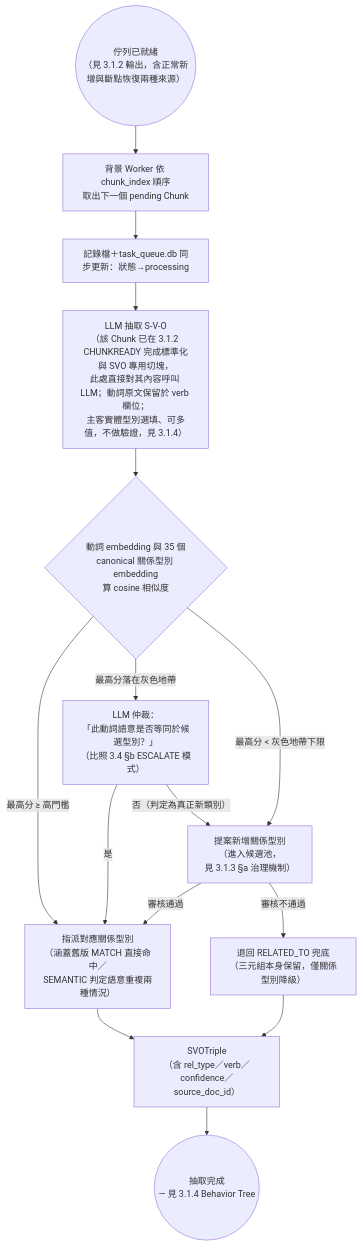
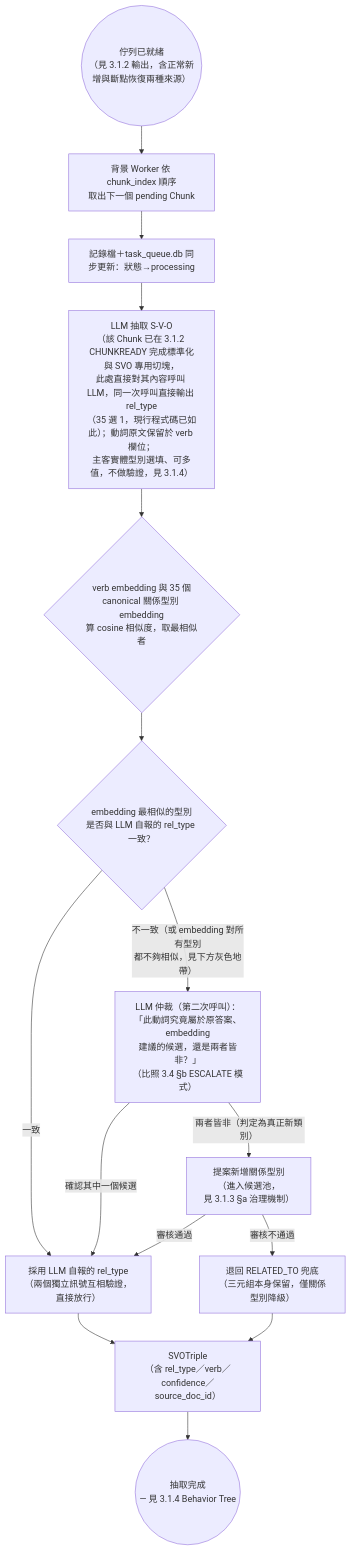
Before and after one commit to Chester930/world-knowledge-graph-rag: the fifth of 15 diagrams in docs/論文/03_系統設計與方法論.md, drawn with Mermaid. The commit also changed other lines of this file and 1 other file, not shown here.

Commit message:
docs(thesis): 定案 SIM/ESCALATE3 架構為選項2，誠實記錄LLM型別準確度為開放限制
3.1.3 主圖改版：SIM 不再是取代 LLM 自報 rel_type 的獨立分類器，改為事後
驗證（COMPARE 節點比對 LLM 自報與 embedding 判斷是否一致，不一致才升級
仲裁）。誠實記錄：LLM 對35個型別的仲裁準確度是否均勻目前無法確認，也
沒有機制能真正把關，此為現階段開放限制。新增 SIM 畢業機制設計方向，
沿用已查證的 Bloodgood Kappa 一致率停止準則，具體演算法留待第四章。

````diff
--- a/docs/論文/03_系統設計與方法論.md
+++ b/docs/論文/03_系統設計與方法論.md
@@ -231,17 +231,17 @@
 ```mermaid
 flowchart TD
     READY2(("佇列已就緒<br/>（見 3.1.2 輸出，含正常新增與斷點恢復兩種來源）")) --> WORKER["背景 Worker 依 chunk_index 順序<br/>取出下一個 pending Chunk"]
     WORKER --> PROC["記錄檔＋task_queue.db 同步更新：狀態→processing"]
-    PROC --> LLM_SVO["LLM 抽取 S-V-O<br/>（該 Chunk 已在 3.1.2 CHUNKREADY 完成標準化與 SVO 專用切塊，<br/>此處直接對其內容呼叫 LLM；動詞原文保留於 verb 欄位；<br/>主客實體型別選填、可多值，不做驗證，見 3.1.4）"]
-    LLM_SVO --> SIM{"動詞 embedding 與 35 個<br/>canonical 關係型別 embedding<br/>算 cosine 相似度"}
-    SIM -->|"最高分 ≥ 高門檻"| ASSIGN["指派對應關係型別<br/>（涵蓋舊版 MATCH 直接命中／<br/>SEMANTIC 判定語意重複兩種情況）"]
-    SIM -->|"最高分落在灰色地帶"| ESCALATE3["LLM 仲裁：<br/>「此動詞語意是否等同於候選型別？」<br/>（比照 3.4 §b ESCALATE 模式）"]
-    ESCALATE3 -->|是| ASSIGN
-    ESCALATE3 -->|"否（判定為真正新類別）"| EXPAND["提案新增關係型別<br/>（進入候選池，<br/>見 3.1.3 §a 治理機制）"]
-    SIM -->|"最高分 < 灰色地帶下限"| EXPAND
+    PROC --> LLM_SVO["LLM 抽取 S-V-O<br/>（該 Chunk 已在 3.1.2 CHUNKREADY 完成標準化與 SVO 專用切塊，<br/>此處直接對其內容呼叫 LLM，同一次呼叫直接輸出 rel_type<br/>（35 選 1，現行程式碼已如此）；動詞原文保留於 verb 欄位；<br/>主客實體型別選填、可多值，不做驗證，見 3.1.4）"]
+    LLM_SVO --> SIM{"verb embedding 與 35 個<br/>canonical 關係型別 embedding<br/>算 cosine 相似度，取最相似者"}
+    SIM --> COMPARE{"embedding 最相似的型別<br/>是否與 LLM 自報的 rel_type 一致？"}
+    COMPARE -->|一致| ASSIGN["採用 LLM 自報的 rel_type<br/>（兩個獨立訊號互相驗證，直接放行）"]
+    COMPARE -->|"不一致（或 embedding 對所有型別\n都不夠相似，見下方灰色地帶）"| ESCALATE3["LLM 仲裁（第二次呼叫）：<br/>「此動詞究竟屬於原答案、embedding<br/>建議的候選，還是兩者皆非？」<br/>（比照 3.4 §b ESCALATE 模式）"]
+    ESCALATE3 -->|確認其中一個候選| ASSIGN
+    ESCALATE3 -->|"兩者皆非（判定為真正新類別）"| EXPAND["提案新增關係型別<br/>（進入候選池，<br/>見 3.1.3 §a 治理機制）"]
     EXPAND -->|審核不通過| REJECT["退回 RELATED_TO 兜底<br/>（三元組本身保留，僅關係型別降級）"]
     EXPAND -->|審核通過| ASSIGN
     ASSIGN --> TRIPLE["SVOTriple<br/>（含 rel_type／verb／confidence／source_doc_id）"]
     REJECT --> TRIPLE
     TRIPLE --> HANDOFF3(("抽取完成<br/>— 見 3.1.4 Behavior Tree"))
 ```
````
